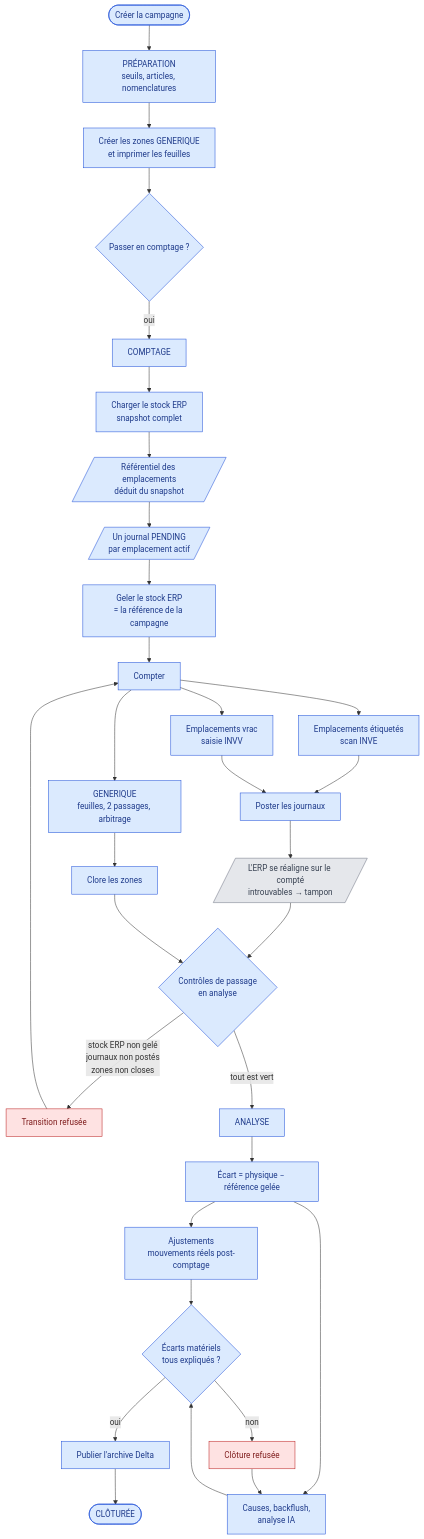
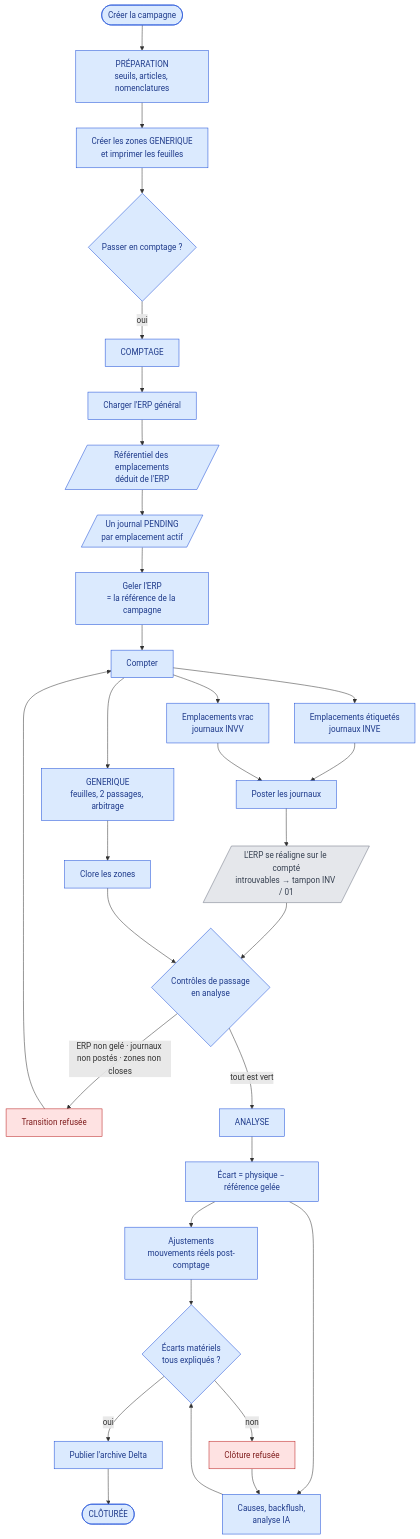
Before and after one commit to yns11/DEV-INV-G: the third of 9 diagrams in docs/08-algorigrammes.md, drawn with Mermaid. The commit also changed other lines of this file and 1 other file, not shown here.

First line of the commit message:
Comptages avancés : reprendre l'étude sur les journaux ERP réels

````diff
--- a/docs/08-algorigrammes.md
+++ b/docs/08-algorigrammes.md
@@ -64,46 +99,46 @@
 ```mermaid
 flowchart TD
     A([Créer la campagne]) --> B[PRÉPARATION<br/>seuils, articles, nomenclatures]
     B --> C[Créer les zones GENERIQUE<br/>et imprimer les feuilles]
     C --> D{Passer en comptage ?}
     D -->|oui| E[COMPTAGE]
 
-    E --> F[Charger le stock ERP<br/>snapshot complet]
-    F --> G[/Référentiel des emplacements<br/>déduit du snapshot/]
+    E --> F[Charger l'ERP général]
+    F --> G[/Référentiel des emplacements<br/>déduit de l'ERP/]
     G --> H[/Un journal PENDING<br/>par emplacement actif/]
-    H --> I[Geler le stock ERP<br/>= la référence de la campagne]
+    H --> I[Geler l'ERP<br/>= la référence de la campagne]
 
     I --> J[Compter]
-    J --> J1[Emplacements étiquetés<br/>scan INVE]
-    J --> J2[Emplacements vrac<br/>saisie INVV]
+    J --> J1[Emplacements étiquetés<br/>journaux INVE]
+    J --> J2[Emplacements vrac<br/>journaux INVV]
     J --> J3[GENERIQUE<br/>feuilles, 2 passages, arbitrage]
 
     J1 --> K[Poster les journaux]
     J2 --> K
     J3 --> K3[Clore les zones]
 
-    K --> KR[/L'ERP se réaligne sur le compté<br/>introuvables → tampon/]
+    K --> KR[/L'ERP se réaligne sur le compté<br/>introuvables → tampon INV / 01/]
 
     KR --> L{Contrôles de passage<br/>en analyse}
     K3 --> L
-    L -->|stock ERP non gelé<br/>journaux non postés<br/>zones non closes| LX[Transition refusée]
+    L -->|"ERP non gelé · journaux non postés · zones non closes"| LX[Transition refusée]
     LX --> J
     L -->|tout est vert| M[ANALYSE]
 
     M --> N[Écart = physique − référence gelée]
     N --> O[Ajustements<br/>mouvements réels post-comptage]
     N --> P[Causes, backflush,<br/>analyse IA]
     O --> Q{Écarts matériels<br/>tous expliqués ?}
     P --> Q
     Q -->|non| QX[Clôture refusée]
     QX --> P
     Q -->|oui| R[Publier l'archive Delta]
     R --> S([CLÔTURÉE])
 
     classDef existant fill:#dbeafe,stroke:#1d4ed8,color:#1e3a8a
     classDef bloc fill:#fee2e2,stroke:#b91c1c,color:#7f1d1d
     classDef erp fill:#e5e7eb,stroke:#6b7280,color:#374151
     class A,B,C,D,E,F,G,H,I,J,J1,J2,J3,K,K3,L,M,N,O,P,Q,R,S existant
     class LX,QX bloc
     class KR erp
 ```
````
